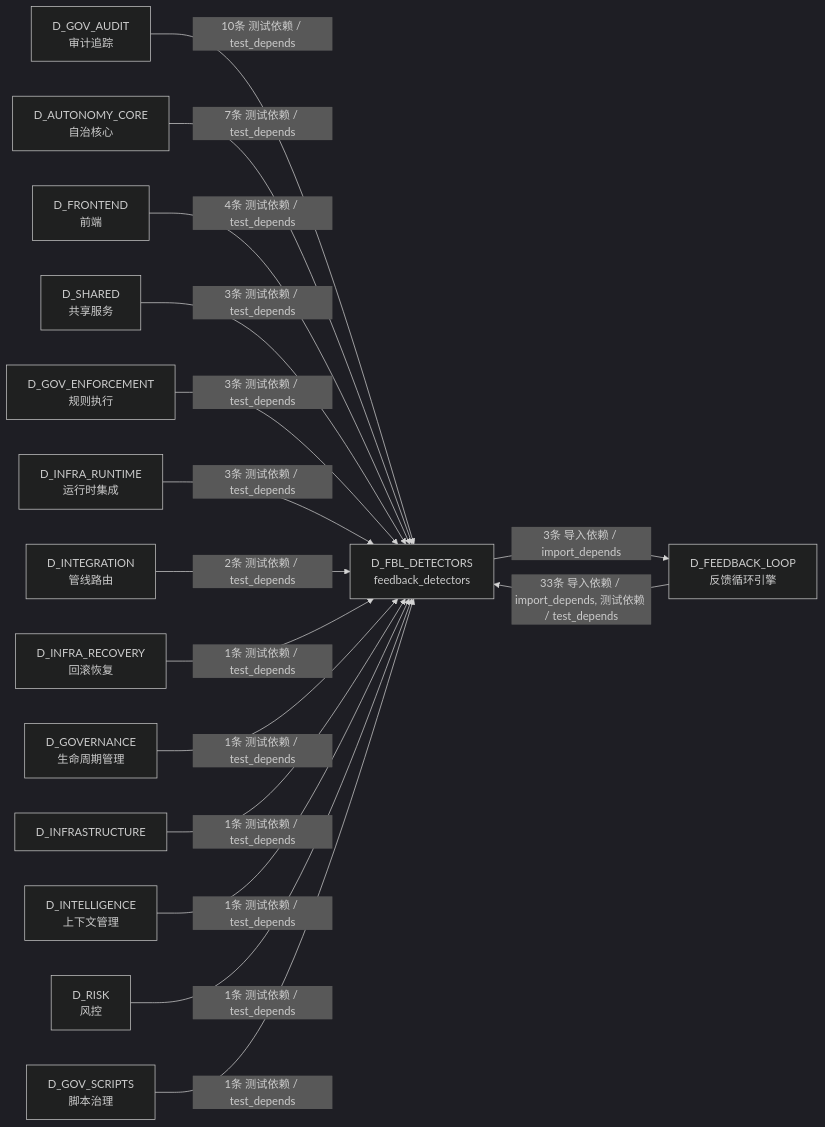
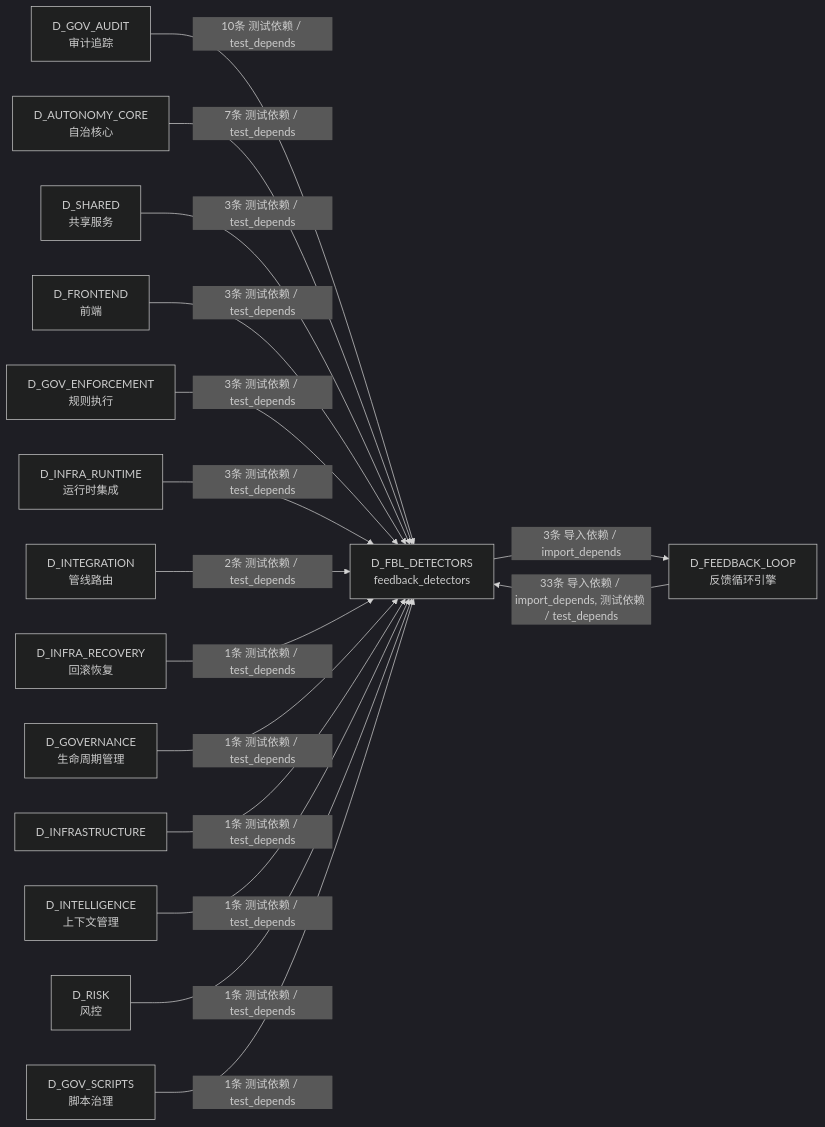
The sixth of 6 diagrams in docs/02_enterprise_architecture/02_domain_architecture_docs/11_d_fbl_detectors.md (xuanFelixVan/ZephyrAlpha), drawn with Mermaid (dark theme) before and after one commit. The commit also changed other lines of this file and 126 other files, not shown here.

````diff
--- a/docs/02_enterprise_architecture/02_domain_architecture_docs/11_d_fbl_detectors.md
+++ b/docs/02_enterprise_architecture/02_domain_architecture_docs/11_d_fbl_detectors.md
@@ -508,33 +516,33 @@
 ```mermaid
 graph LR
     D_FBL_DETECTORS["D_FBL_DETECTORS<br/>feedback_detectors"]
     D_FEEDBACK_LOOP["D_FEEDBACK_LOOP<br/>反馈循环引擎"]
     D_GOV_AUDIT["D_GOV_AUDIT<br/>审计追踪"]
     D_AUTONOMY_CORE["D_AUTONOMY_CORE<br/>自治核心"]
+    D_SHARED["D_SHARED<br/>共享服务"]
     D_FRONTEND["D_FRONTEND<br/>前端"]
-    D_SHARED["D_SHARED<br/>共享服务"]
     D_GOV_ENFORCEMENT["D_GOV_ENFORCEMENT<br/>规则执行"]
     D_INFRA_RUNTIME["D_INFRA_RUNTIME<br/>运行时集成"]
     D_INTEGRATION["D_INTEGRATION<br/>管线路由"]
     D_INFRA_RECOVERY["D_INFRA_RECOVERY<br/>回滚恢复"]
     D_GOVERNANCE["D_GOVERNANCE<br/>生命周期管理"]
     D_INFRASTRUCTURE["D_INFRASTRUCTURE"]
     D_INTELLIGENCE["D_INTELLIGENCE<br/>上下文管理"]
     D_RISK["D_RISK<br/>风控"]
     D_GOV_SCRIPTS["D_GOV_SCRIPTS<br/>脚本治理"]
     D_FBL_DETECTORS -->|3条 导入依赖 / import_depends| D_FEEDBACK_LOOP
     D_FEEDBACK_LOOP -->|33条 导入依赖 / import_depends, 测试依赖 / test_depends| D_FBL_DETECTORS
     D_GOV_AUDIT -->|10条 测试依赖 / test_depends| D_FBL_DETECTORS
     D_AUTONOMY_CORE -->|7条 测试依赖 / test_depends| D_FBL_DETECTORS
-    D_FRONTEND -->|4条 测试依赖 / test_depends| D_FBL_DETECTORS
     D_SHARED -->|3条 测试依赖 / test_depends| D_FBL_DETECTORS
+    D_FRONTEND -->|3条 测试依赖 / test_depends| D_FBL_DETECTORS
     D_GOV_ENFORCEMENT -->|3条 测试依赖 / test_depends| D_FBL_DETECTORS
     D_INFRA_RUNTIME -->|3条 测试依赖 / test_depends| D_FBL_DETECTORS
     D_INTEGRATION -->|2条 测试依赖 / test_depends| D_FBL_DETECTORS
     D_INFRA_RECOVERY -->|1条 测试依赖 / test_depends| D_FBL_DETECTORS
     D_GOVERNANCE -->|1条 测试依赖 / test_depends| D_FBL_DETECTORS
     D_INFRASTRUCTURE -->|1条 测试依赖 / test_depends| D_FBL_DETECTORS
     D_INTELLIGENCE -->|1条 测试依赖 / test_depends| D_FBL_DETECTORS
     D_RISK -->|1条 测试依赖 / test_depends| D_FBL_DETECTORS
     D_GOV_SCRIPTS -->|1条 测试依赖 / test_depends| D_FBL_DETECTORS
 ```
````
